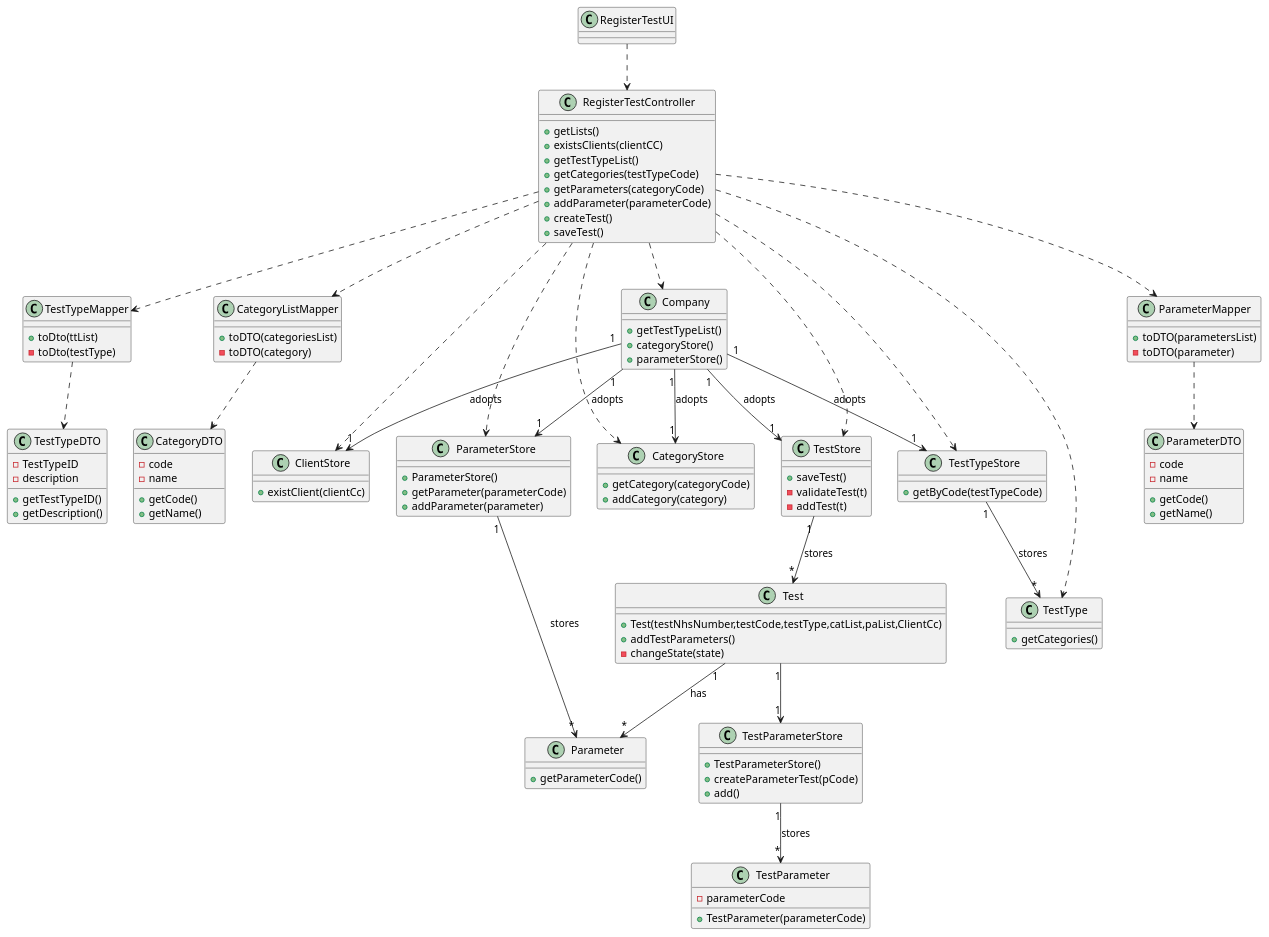
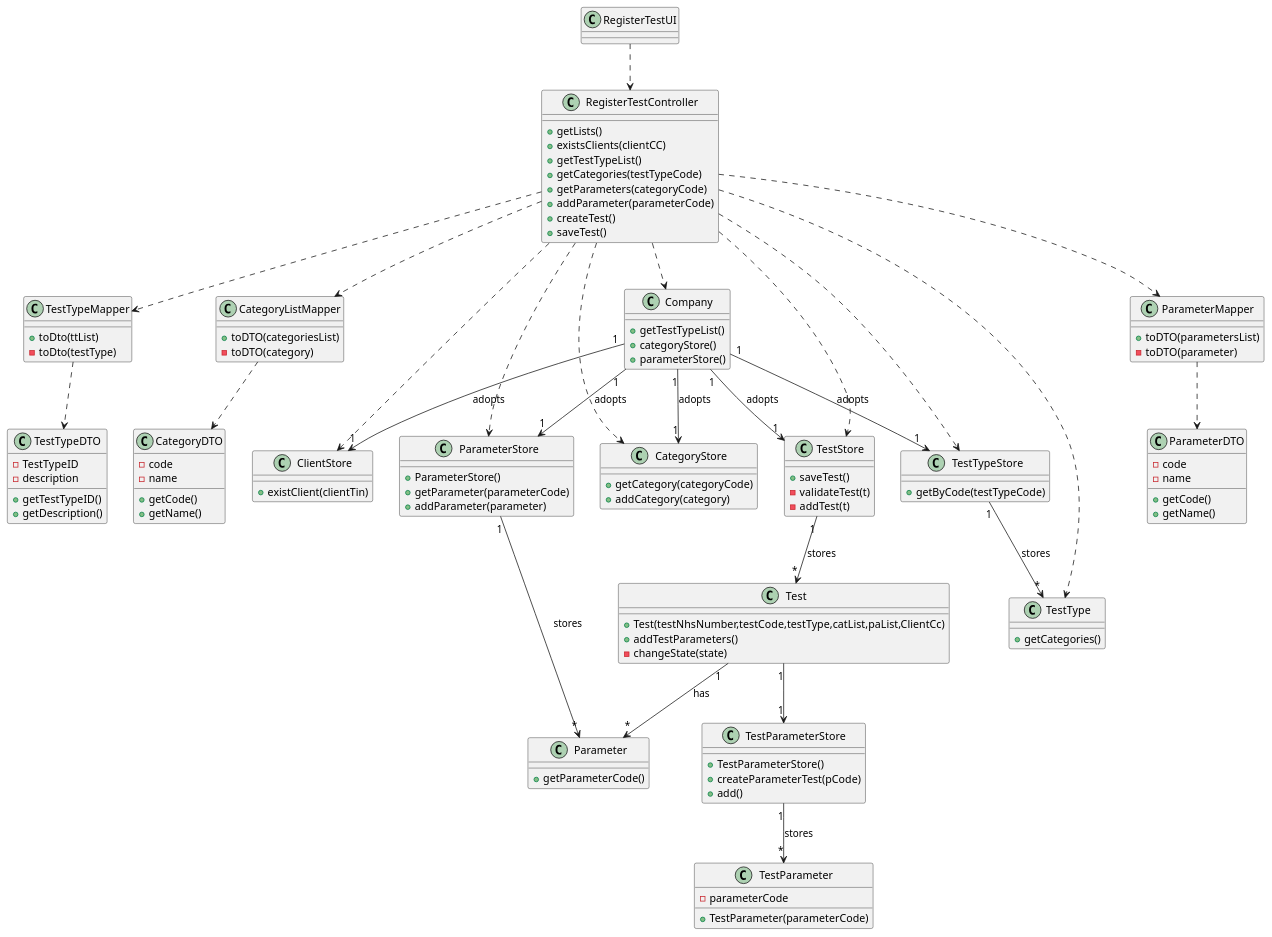
Before and after one commit to MarianaCLages/LAPR2: the diagram in docs/SprintC/US04/US4_CD.puml, drawn with PlantUML. The commit also changed 19 other files, not shown here.

```diff
--- a/docs/SprintC/US04/US4_CD.puml
+++ b/docs/SprintC/US04/US4_CD.puml
@@ -1,127 +1,127 @@
 @startuml
 'https://plantuml.com/class-diagram
 
 class ClientStore{
-+existClient(clientCc)
++existClient(clientTin)
 }
 class TestStore{
 +saveTest()
 -validateTest(t)
 -addTest(t)
 }
 class TestTypeStore{
 +getByCode(testTypeCode)
 }
 class ParameterStore{
 +ParameterStore()
 +getParameter(parameterCode)
 +addParameter(parameter)
 }
 class CategoryStore{
 +getCategory(categoryCode)
 +addCategory(category)
 }
 class TestTypeMapper{
 +toDto(ttList)
 -toDto(testType)
 }
 class TestTypeDTO{
 -TestTypeID
 -description
 +getTestTypeID()
 +getDescription()
 }
 
 class CategoryListMapper{
 +toDTO(categoriesList)
 -toDTO(category)
 }
 class CategoryDTO{
 -code
 -name
 +getCode()
 +getName()
 }
 
 class ParameterMapper{
 +toDTO(parametersList)
 -toDTO(parameter)
 }
 class ParameterDTO{
 -code
 -name
 +getCode()
 +getName()
 }
 
 class Company{
 +getTestTypeList()
 +categoryStore()
 +parameterStore()
 }
 class RegisterTestController{
 +getLists()
 +existsClients(clientCC)
 +getTestTypeList()
 +getCategories(testTypeCode)
 +getParameters(categoryCode)
 +addParameter(parameterCode)
 +createTest()
 +saveTest()
 }
 class RegisterTestUI{
 }
 
 class TestType{
 +getCategories()
 }
 
 class Test{
 +Test(testNhsNumber,testCode,testType,catList,paList,ClientCc)
 +addTestParameters()
 -changeState(state)
 }
 class TestParameterStore{
 +TestParameterStore()
 +createParameterTest(pCode)
 +add()
 }
 class TestParameter{
 -parameterCode
 +TestParameter(parameterCode)
 }
 
 class Parameter{
 +getParameterCode()
 }
 
 
 RegisterTestUI ..> RegisterTestController
 RegisterTestController ..>CategoryListMapper
 RegisterTestController ..>TestTypeMapper
 RegisterTestController ..>TestType
 RegisterTestController ..>Company
 RegisterTestController ..>ParameterStore
 RegisterTestController ..>TestStore
 RegisterTestController ..>CategoryStore
 RegisterTestController ..>ParameterMapper
 RegisterTestController ..>TestTypeStore
 RegisterTestController ..>ClientStore
 
 ParameterMapper ..> ParameterDTO
 CategoryListMapper ..> CategoryDTO
 TestTypeMapper ..> TestTypeDTO
 
 Company "1" --> "1" TestTypeStore: adopts
 Company "1" --> "1" ClientStore: adopts
 Company "1" --> "1" ParameterStore: adopts
 Company "1" --> "1" TestStore: adopts
 Company "1" --> "1" CategoryStore: adopts
 
 TestTypeStore "1" --> "*" TestType:stores
 TestStore "1" --> "*" Test: stores
 Test "1" --> "1" TestParameterStore
 TestParameterStore "1" --> "*" TestParameter: stores
 ParameterStore "1" --> "*" Parameter: stores
 Test "1" --> "*" Parameter: has
 @enduml
```
